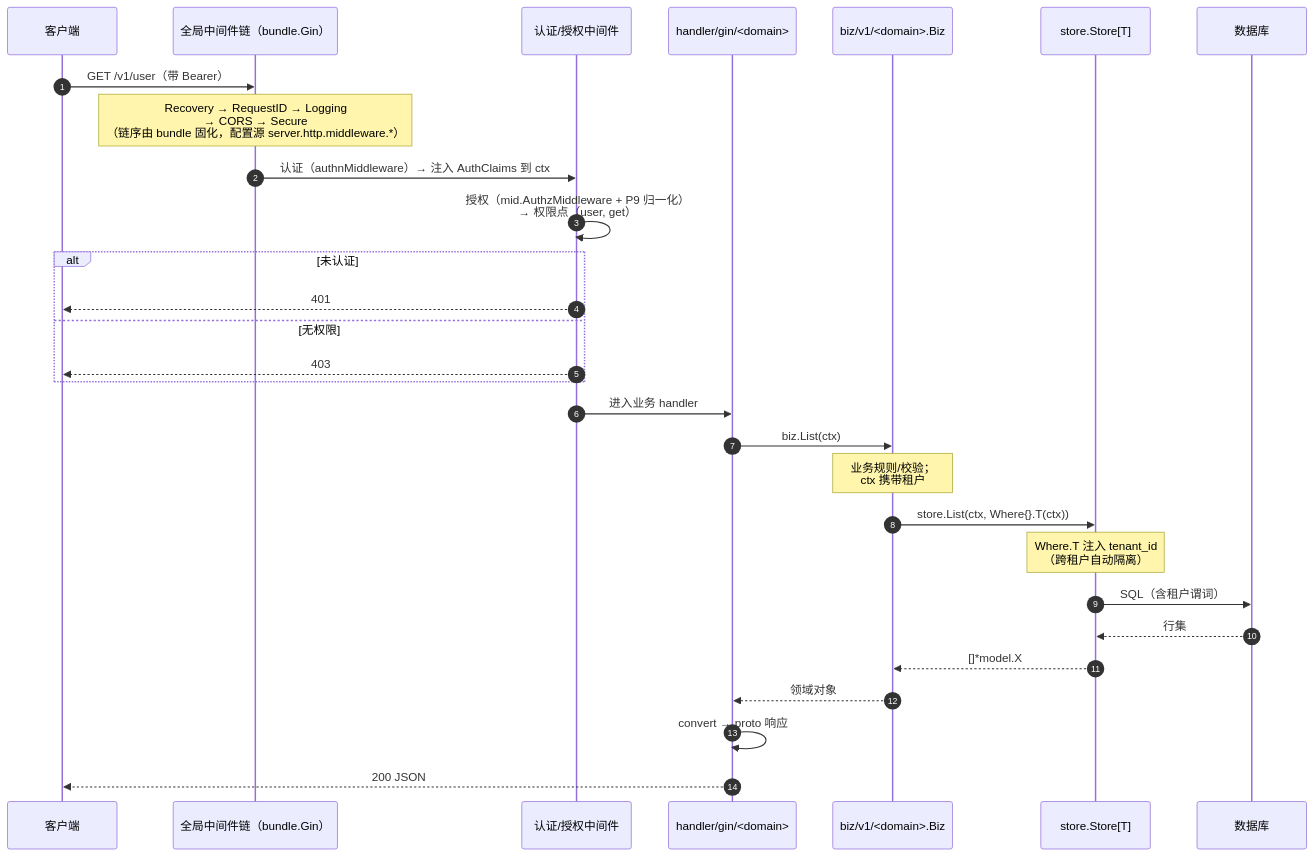
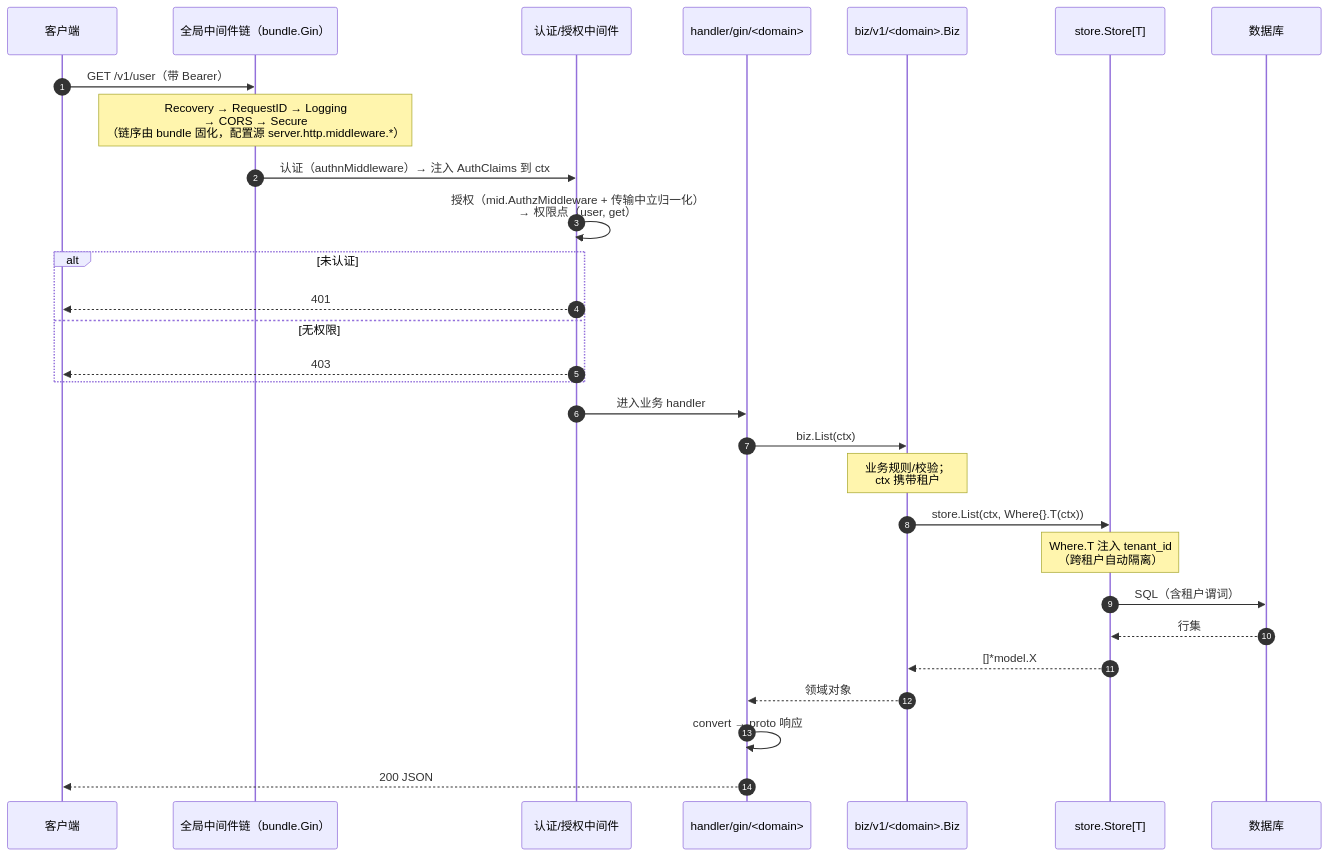
The third of 5 diagrams in backend/docs/设计文档.md (kalandramo/bald-admin), drawn with Mermaid before and after one commit. The commit also changed other lines of this file and 173 other files, not shown here.

````diff
--- a/backend/docs/设计文档.md
+++ b/backend/docs/设计文档.md
@@ -165,32 +163,32 @@
 ```mermaid
 sequenceDiagram
     autonumber
     participant C as 客户端
     participant MW as 全局中间件链（bundle.Gin）
     participant AM as 认证/授权中间件
     participant H as handler/gin/<domain>
     participant BZ as biz/v1/<domain>.Biz
     participant ST as store.Store[T]
     participant DB as 数据库
 
     C->>MW: GET /v1/user（带 Bearer）
     Note over MW: Recovery → RequestID → Logging<br/>→ CORS → Secure<br/>（链序由 bundle 固化，配置源 server.http.middleware.*）
     MW->>AM: 认证（authnMiddleware）→ 注入 AuthClaims 到 ctx
-    AM->>AM: 授权（mid.AuthzMiddleware + P9 归一化）<br/>→ 权限点（user, get）
+    AM->>AM: 授权（mid.AuthzMiddleware + 传输中立归一化）<br/>→ 权限点（user, get）
     alt 未认证
         AM-->>C: 401
     else 无权限
         AM-->>C: 403
     end
     AM->>H: 进入业务 handler
     H->>BZ: biz.List(ctx)
     Note over BZ: 业务规则/校验；<br/>ctx 携带租户
     BZ->>ST: store.List(ctx, Where{}.T(ctx))
     Note over ST: Where.T 注入 tenant_id<br/>（跨租户自动隔离）
     ST->>DB: SQL（含租户谓词）
     DB-->>ST: 行集
     ST-->>BZ: []*model.X
     BZ-->>H: 领域对象
     H->>H: convert → proto 响应
     H-->>C: 200 JSON
 ```
````
